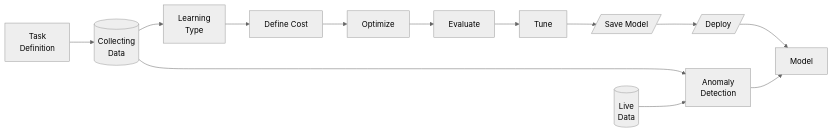
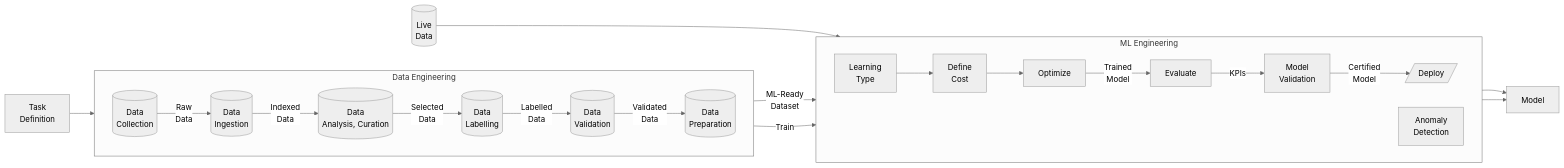
Before and after one commit to uni-notes/uni-notes: the second of 2 diagrams in docs/CS_Electives/Machine_Learning/01_Intro.md, drawn with Mermaid (neutral theme). The commit also changed other lines of this file and 945 other files, not shown here.

````diff
--- a/docs/CS_Electives/Machine_Learning/01_Intro.md
+++ b/docs/CS_Electives/Machine_Learning/01_Intro.md
@@ -73,14 +79,35 @@
 ```mermaid
 flowchart LR
+subgraph Data Engineering
+	direction LR
+	dc[(Data<br/>Collection)] -->
+	|Raw<br/>Data| di[(Data<br/>Ingestion)] -->
+	|Indexed<br/>Data| da[(Data<br/>Analysis, Curation)] -->
+	|Selected<br/>Data| dl[(Data<br/>Labelling)] -->
+	|Labelled<br/>Data| dv[(Data<br/>Validation)] -->
+	|Validated<br/>Data| dp[(Data<br/>Preparation)]
+end
+
 td[Task<br/>Definition] -->
-cd[(Collecting<br/>Data)] -->
-l[Learning<br/>Type] -->
-c[Define Cost] -->
-Optimize -->
-Evaluate -->
-Tune -->
-save[/Save Model/] -->
-d[/Deploy/] --> Model
-cd --> ad
-ld[(Live <br/>Data)] --> ad[Anomaly<br/>Detection] --> Model
+dc
+
+dp -->
+|ML-Ready<br/>Dataset| l
+
+subgraph ML Engineering
+	direction LR
+	l[Learning<br/>Type] -->
+	c[Define<br/>Cost] -->
+	mo[Optimize] -->
+	|Trained<br/>Model| me[Evaluate] -->
+	|KPIs| mv[Model<br/>Validation] -->
+	|Certified<br/>Model| md[/Deploy/]
+	
+	ad[Anomaly<br/>Detection]
+end
+
+dp -->|Train| ad
+ld[(Live <br/>Data)] --> ad
+
+md & ad --> m[Model]
 ```
````
